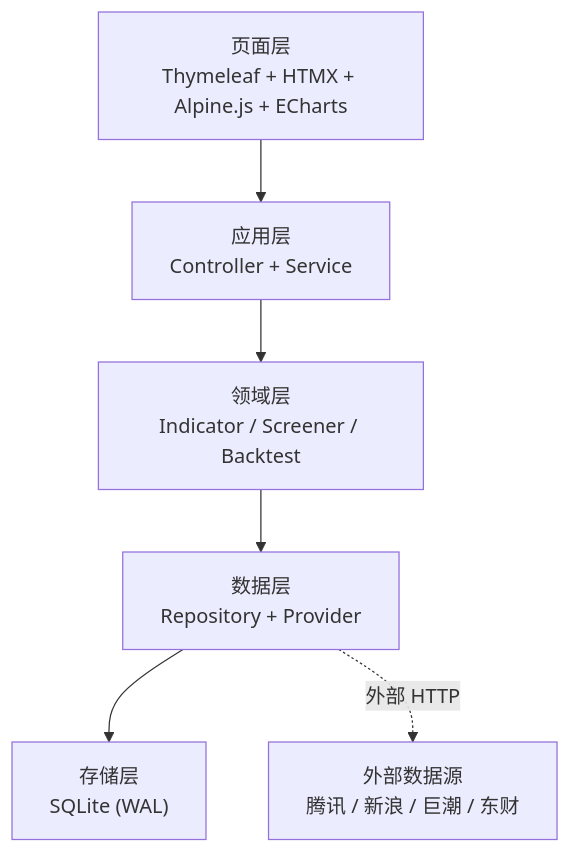
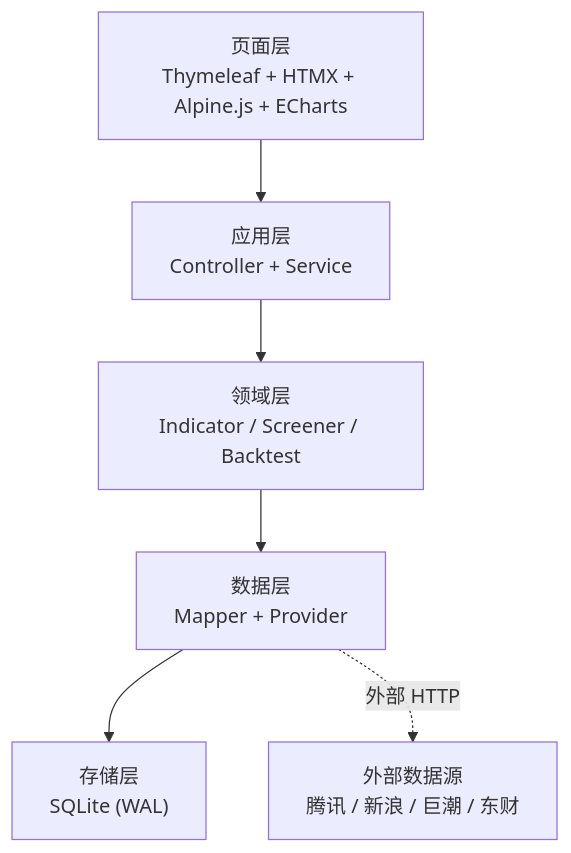
One commit to haaasakim/financeAgent-solo changed the first of 3 diagrams in docs/ARCHITECTURE.md. Above: the diagram before and after it, drawn with Mermaid. The commit also changed other lines of this file and 7 other files, not shown here.

````diff
--- a/docs/ARCHITECTURE.md
+++ b/docs/ARCHITECTURE.md
@@ -18,9 +18,9 @@
 ```mermaid
 flowchart TD
     A["页面层<br/>Thymeleaf + HTMX + Alpine.js + ECharts"] --> B
     B["应用层<br/>Controller + Service"] --> C
     C["领域层<br/>Indicator / Screener / Backtest"] --> D
-    D["数据层<br/>Repository + Provider"] --> E
+    D["数据层<br/>Mapper + Provider"] --> E
     E["存储层<br/>SQLite (WAL)"]
     D -.外部 HTTP.-> F["外部数据源<br/>腾讯 / 新浪 / 巨潮 / 东财"]
 ```
````
